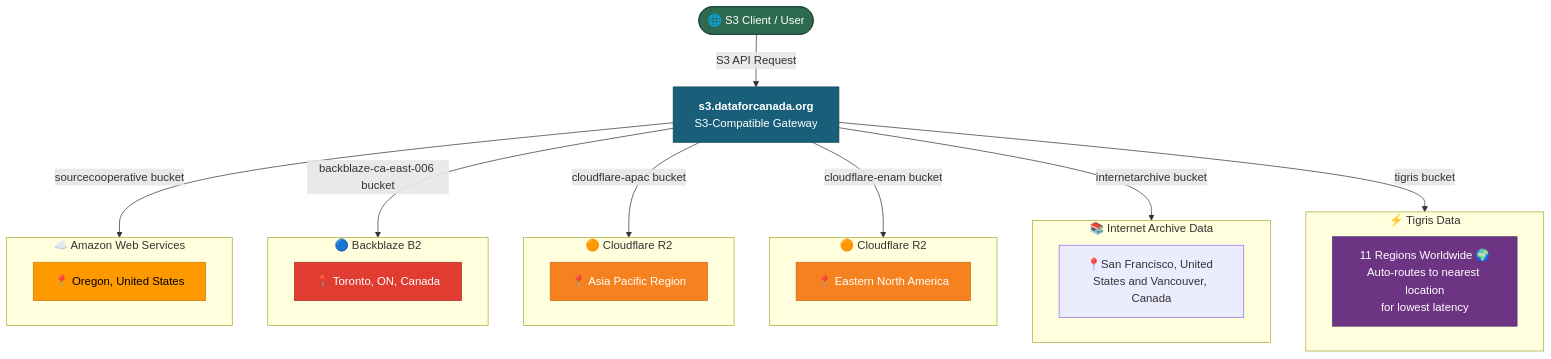
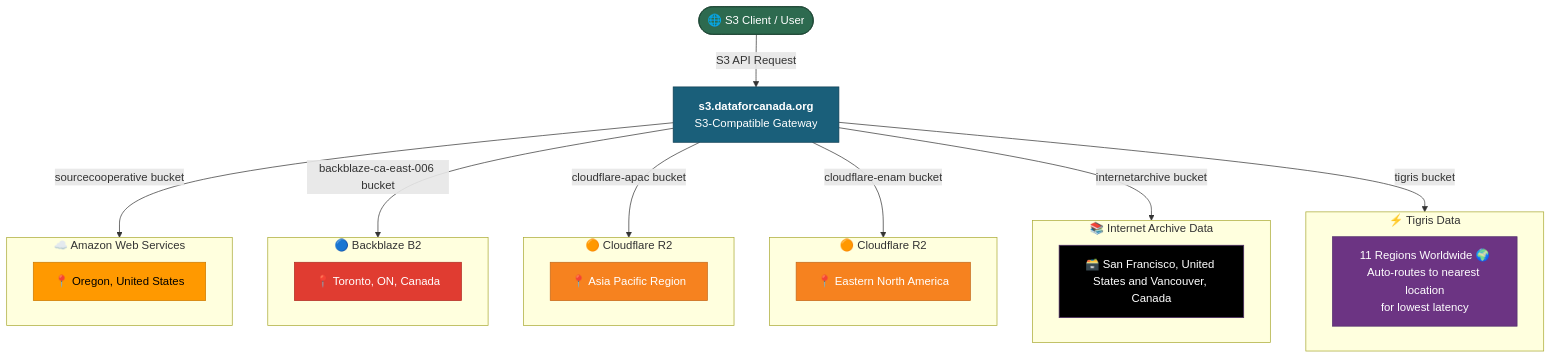
Before and after one commit to dataforcanada/www.dataforcanada.org: the diagram in content/blog/2026/petabytes-at-the-tip-of-your-fingers-internet-archive.md, drawn with Mermaid. The commit also changed other lines of this file and 1 other file, not shown here.

````diff
--- a/content/blog/2026/petabytes-at-the-tip-of-your-fingers-internet-archive.md
+++ b/content/blog/2026/petabytes-at-the-tip-of-your-fingers-internet-archive.md
@@ -18,46 +18,47 @@
 ```mermaid
 flowchart TD
     Client(["🌐 S3 Client / User"])
     Gateway["<b>s3.dataforcanada.org</b>\nS3-Compatible Gateway"]
 
     Client -->|"S3 API Request"| Gateway
 
     Gateway -->|"sourcecooperative bucket"| AWS
     Gateway -->|"backblaze-ca-east-006 bucket"| BB
     Gateway -->|"cloudflare-apac bucket"| CFAPAC
     Gateway -->|"cloudflare-enam bucket"| CFENAM
     Gateway -->|"internetarchive bucket"| INTERNETARCHIVE
     Gateway -->|"tigris bucket"| TIGRIS
 
     subgraph AWS ["☁️ Amazon Web Services"]
         AWSNode["📍 Oregon, United States"]
     end
 
     subgraph BB ["🔵 Backblaze B2"]
         BBNode["📍 Toronto, ON, Canada"]
     end
 
     subgraph CFAPAC ["🟠 Cloudflare R2"]
         CFAPACNode["📍 Asia Pacific Region"]
     end
 
     subgraph CFENAM ["🟠 Cloudflare R2"]
         CFENAMNode["📍 Eastern North America"]
     end
 
     subgraph INTERNETARCHIVE ["📚 Internet Archive Data"]
-        INTERNETARCHIVENode["📍San Francisco, United States and Vancouver, Canada"]
+        INTERNETARCHIVENode["🗃️ San Francisco, United States and Vancouver, Canada"]
     end
 
     subgraph TIGRIS ["⚡ Tigris Data"]
         TIGRISNode["11 Regions Worldwide 🌍\nAuto-routes to nearest location\nfor lowest latency"]
     end
 
     style Gateway fill:#1a5f7a,color:#fff,stroke:#0d3d52
     style Client fill:#2d6a4f,color:#fff,stroke:#1b4332
     style AWSNode fill:#ff9900,color:#000,stroke:#cc7a00
     style BBNode fill:#e03c31,color:#fff,stroke:#b02d24
     style CFAPACNode fill:#f6821f,color:#fff,stroke:#c4681a
     style CFENAMNode fill:#f6821f,color:#fff,stroke:#c4681a
     style TIGRISNode fill:#6c3483,color:#fff,stroke:#512e6b
+    style INTERNETARCHIVENode fill:#000,color:#fff,stroke:#512e6b
 ```
````
